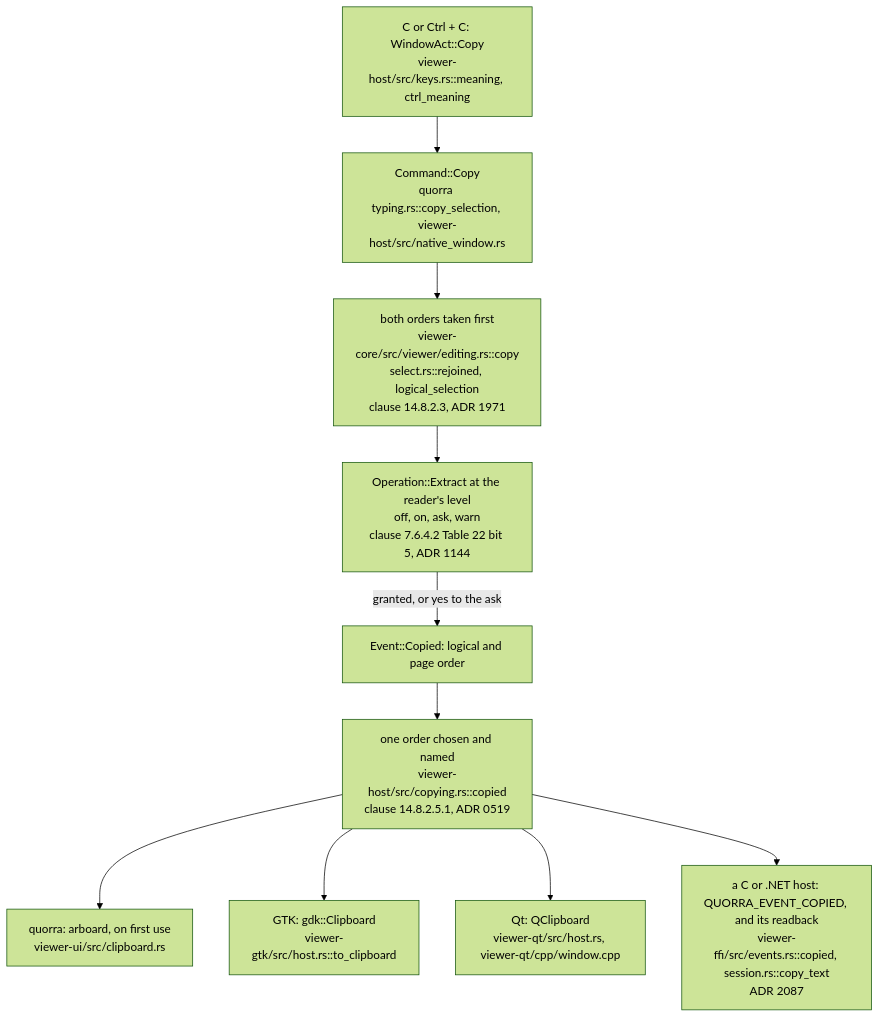
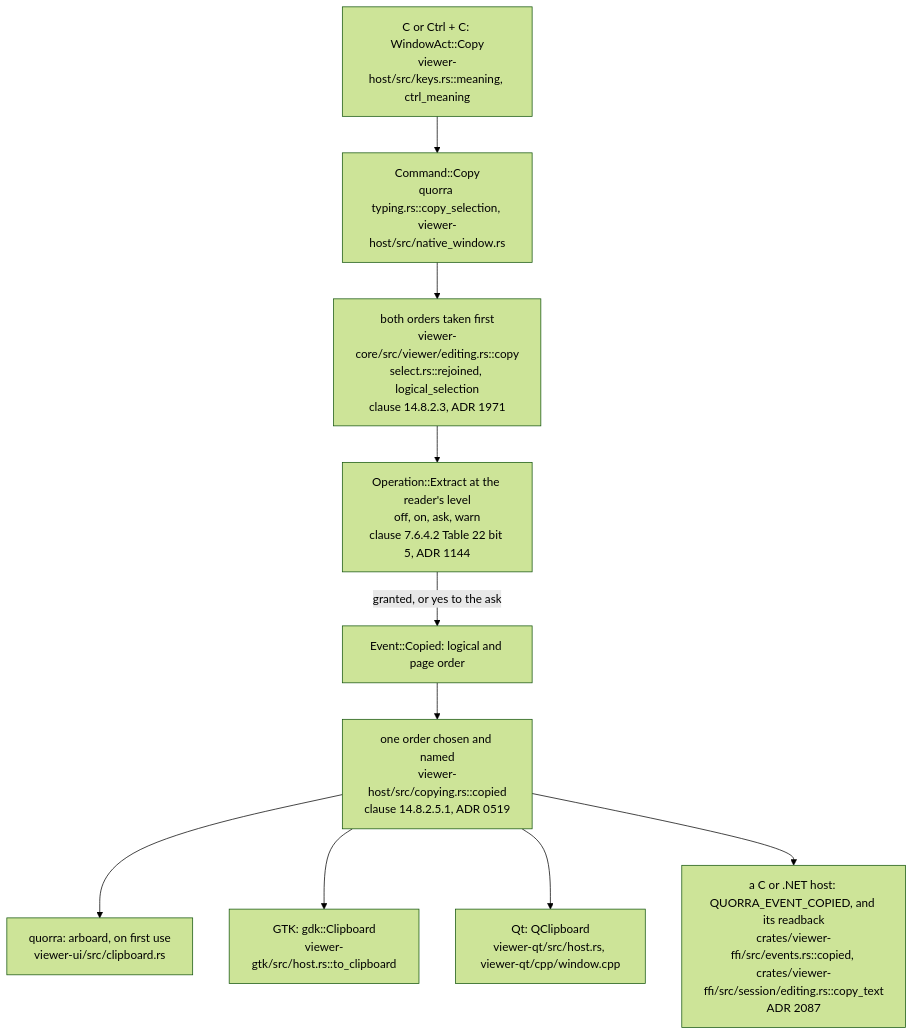
One commit to close2/pdf-viewer changed the sixth of 6 diagrams in doc/teaching/how-text-is-selected-and-copied.md. Above: the diagram before and after it, drawn with Mermaid (forest theme). The commit also changed other lines of this file and 342 other files, not shown here.

````diff
--- a/doc/teaching/how-text-is-selected-and-copied.md
+++ b/doc/teaching/how-text-is-selected-and-copied.md
@@ -509,23 +509,23 @@
 ```mermaid
 flowchart TD
     KEY["C or Ctrl + C: WindowAct::Copy<br/>viewer-host/src/keys.rs::meaning, ctrl_meaning"]
     CMD["Command::Copy<br/>quorra typing.rs::copy_selection, viewer-host/src/native_window.rs"]
     TAKE["both orders taken first<br/>viewer-core/src/viewer/editing.rs::copy<br/>select.rs::rejoined, logical_selection<br/>clause 14.8.2.3, ADR 1971"]
     POLICY["Operation::Extract at the reader's level<br/>off, on, ask, warn<br/>clause 7.6.4.2 Table 22 bit 5, ADR 1144"]
     EVENT["Event::Copied: logical and page order"]
     CHOOSE["one order chosen and named<br/>viewer-host/src/copying.rs::copied<br/>clause 14.8.2.5.1, ADR 0519"]
     QUO["quorra: arboard, on first use<br/>viewer-ui/src/clipboard.rs"]
     GTK["GTK: gdk::Clipboard<br/>viewer-gtk/src/host.rs::to_clipboard"]
     QT["Qt: QClipboard<br/>viewer-qt/src/host.rs, viewer-qt/cpp/window.cpp"]
-    FFI["a C or .NET host: QUORRA_EVENT_COPIED, and its readback<br/>viewer-ffi/src/events.rs::copied, session.rs::copy_text<br/>ADR 2087"]
+    FFI["a C or .NET host: QUORRA_EVENT_COPIED, and its readback<br/>crates/viewer-ffi/src/events.rs::copied, crates/viewer-ffi/src/session/editing.rs::copy_text<br/>ADR 2087"]
 
     KEY --> CMD
     CMD --> TAKE
     TAKE --> POLICY
     POLICY -->|"granted, or yes to the ask"| EVENT
     EVENT --> CHOOSE
     CHOOSE --> QUO
     CHOOSE --> GTK
     CHOOSE --> QT
     CHOOSE --> FFI
 ```
````
